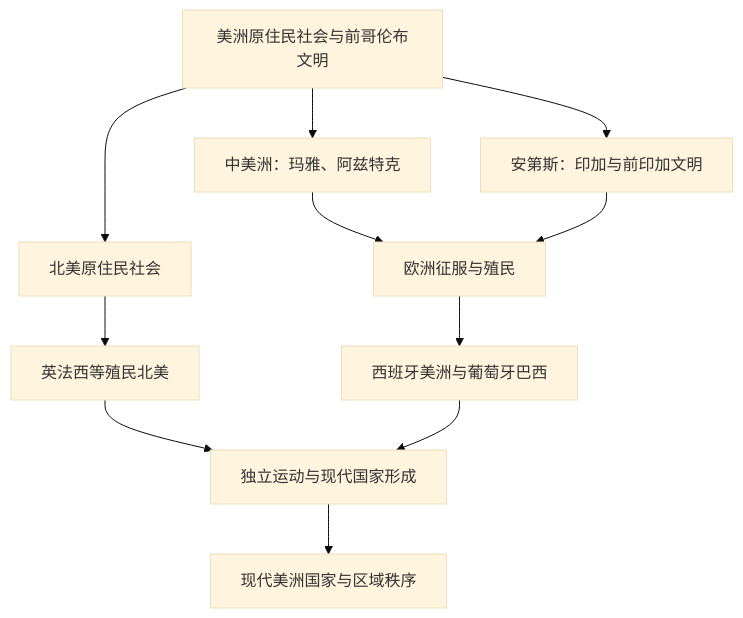
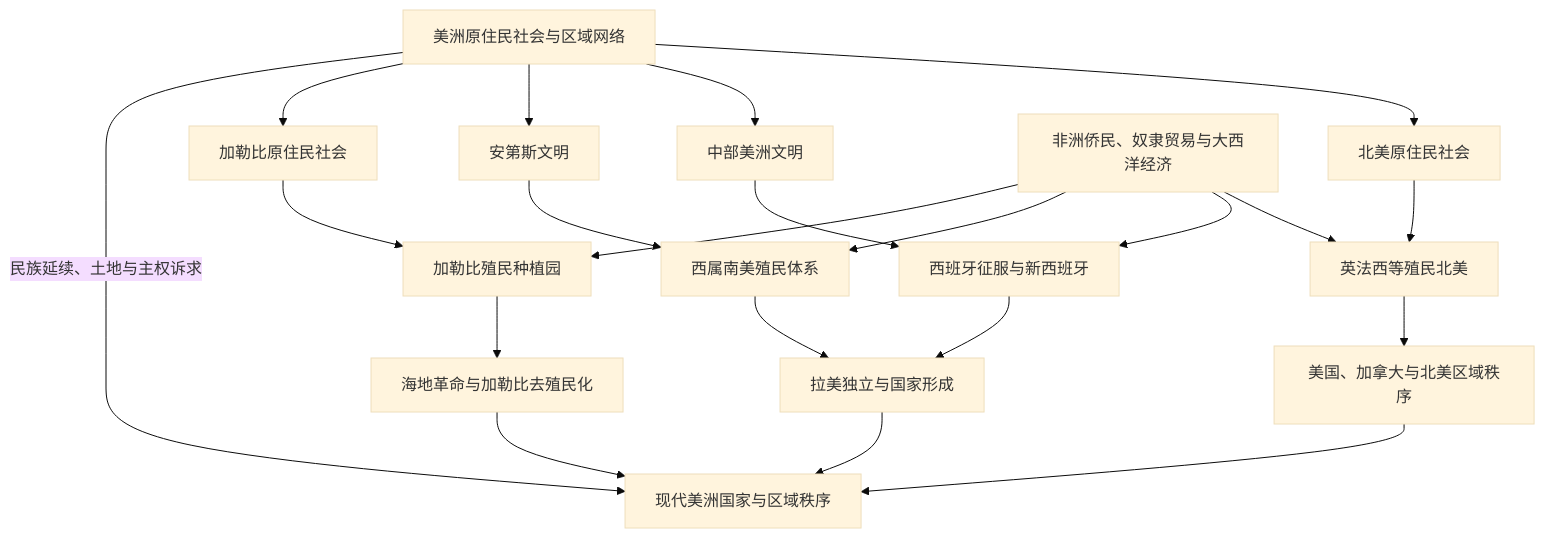
The diagram in 人文科学/历史/美洲/README.md (tianlan-dev/learning-notes), drawn with Mermaid (base theme) before and after one commit. The commit also changed other lines of this file and 69 other files, not shown here.

````diff
--- a/人文科学/历史/美洲/README.md
+++ b/人文科学/历史/美洲/README.md
@@ -14,13 +15,23 @@
 ```mermaid
 flowchart TD
-    Indigenous["美洲原住民社会与前哥伦布文明"] --> Mesoamerica["中美洲：玛雅、阿兹特克"]
-    Indigenous --> Andes["安第斯：印加与前印加文明"]
-    Indigenous --> NorthAmerica["北美原住民社会"]
-    Mesoamerica --> Conquest["欧洲征服与殖民"]
-    Andes --> Conquest
-    NorthAmerica --> Colonies["英法西等殖民北美"]
-    Conquest --> SpanishPortuguese["西班牙美洲与葡萄牙巴西"]
-    Colonies --> Independence["独立运动与现代国家形成"]
-    SpanishPortuguese --> Independence
-    Independence --> Modern["现代美洲国家与区域秩序"]
+    Indigenous["美洲原住民社会与区域网络"] --> North["北美原住民社会"]
+    Indigenous --> Mesoamerica["中部美洲文明"]
+    Indigenous --> Andes["安第斯文明"]
+    Indigenous --> Caribbean["加勒比原住民社会"]
+    North --> NorthColonial["英法西等殖民北美"]
+    Mesoamerica --> Spanish["西班牙征服与新西班牙"]
+    Andes --> SpanishSouth["西属南美殖民体系"]
+    Caribbean --> IslandColonial["加勒比殖民种植园"]
+    Atlantic["非洲侨民、奴隶贸易与大西洋经济"] --> NorthColonial
+    Atlantic --> Spanish
+    Atlantic --> SpanishSouth
+    Atlantic --> IslandColonial
+    NorthColonial --> USCanada["美国、加拿大与北美区域秩序"]
+    Spanish --> LatinIndependence["拉美独立与国家形成"]
+    SpanishSouth --> LatinIndependence
+    IslandColonial --> Haiti["海地革命与加勒比去殖民化"]
+    LatinIndependence --> ModernAmericas["现代美洲国家与区域秩序"]
+    USCanada --> ModernAmericas
+    Haiti --> ModernAmericas
+    Indigenous -->|民族延续、土地与主权诉求| ModernAmericas
 ```
````
